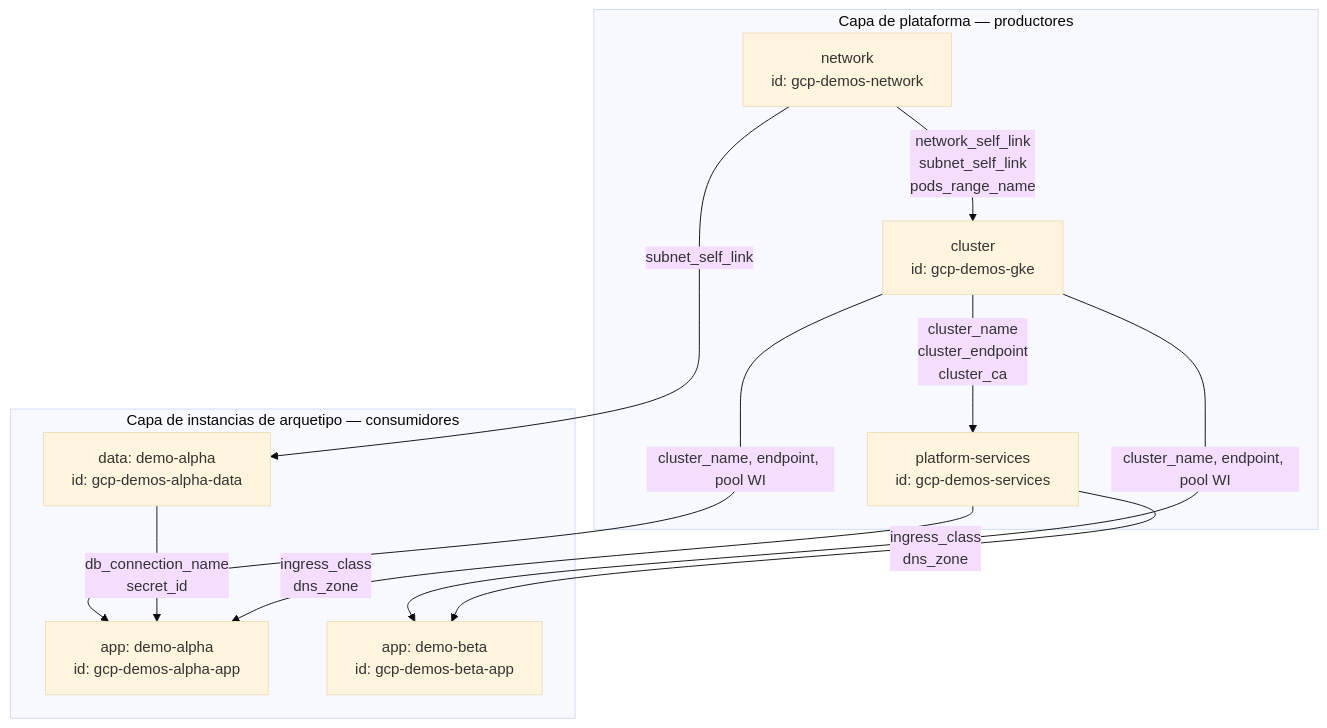
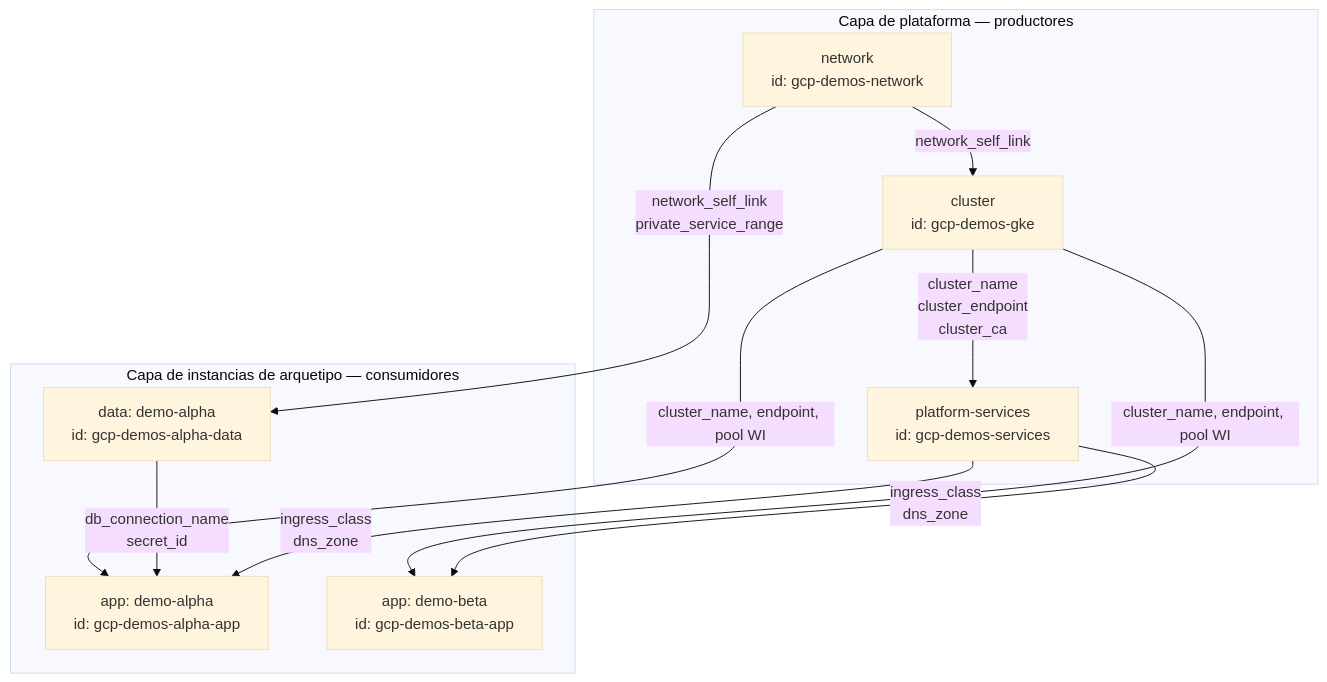
The first of 11 diagrams in docs/es/terramate-outputs-sharing-architecture.md (aescanero/proposal_documents), drawn with Mermaid (base theme) before and after one commit. The commit also changed other lines of this file and 27 other files, not shown here.

````diff
--- a/docs/es/terramate-outputs-sharing-architecture.md
+++ b/docs/es/terramate-outputs-sharing-architecture.md
@@ -108,23 +108,23 @@
 ```mermaid
 graph TD
     subgraph PL["Capa de plataforma — productores"]
         NET["network<br/>id: gcp-demos-network"]
         CLU["cluster<br/>id: gcp-demos-gke"]
         SVC["platform-services<br/>id: gcp-demos-services"]
     end
 
     subgraph AL["Capa de instancias de arquetipo — consumidores"]
         APPA["app: demo-alpha<br/>id: gcp-demos-alpha-app"]
         APPB["app: demo-beta<br/>id: gcp-demos-beta-app"]
         DATA["data: demo-alpha<br/>id: gcp-demos-alpha-data"]
     end
 
-    NET -->|"network_self_link<br/>subnet_self_link<br/>pods_range_name"| CLU
+    NET -->|"network_self_link"| CLU
     CLU -->|"cluster_name<br/>cluster_endpoint<br/>cluster_ca"| SVC
     CLU -->|"cluster_name, endpoint, pool WI"| APPA
     CLU -->|"cluster_name, endpoint, pool WI"| APPB
-    NET -->|"subnet_self_link"| DATA
+    NET -->|"network_self_link<br/>private_service_range"| DATA
     DATA -->|"db_connection_name<br/>secret_id"| APPA
     SVC -->|"ingress_class<br/>dns_zone"| APPA
     SVC -->|"ingress_class<br/>dns_zone"| APPB
 ```
````
